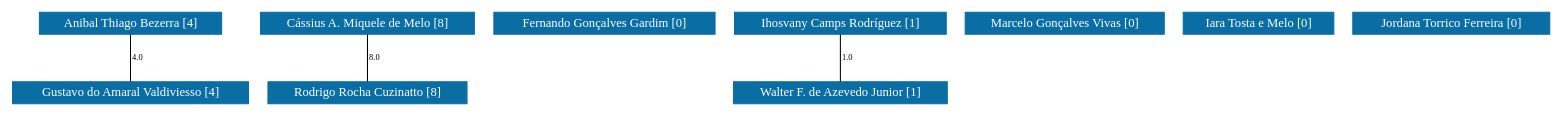
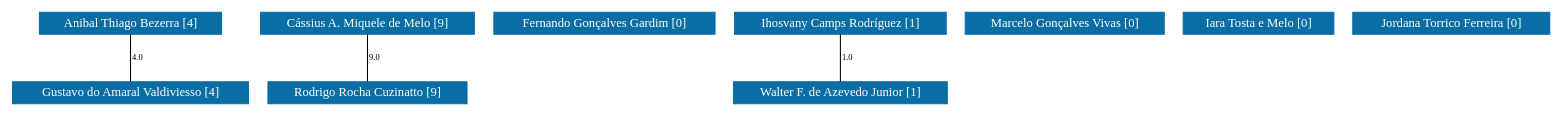
One commit to icamps/unifal-lattes.github.io changed the diagram in PPGF-UNIFAL/grafoDeColaboracoesComPesos.dot. Above: the diagram before and after it, drawn with Graphviz. The commit also changed 854 other files, not shown here.

```diff
--- a/PPGF-UNIFAL/grafoDeColaboracoesComPesos.dot
+++ b/PPGF-UNIFAL/grafoDeColaboracoesComPesos.dot
@@ -1,93 +1,93 @@
 strict graph grafo2 {
 	graph [bb="0,0,1207,87",
 		id=grafo2,
 		overlap=False
 	];
 	node [fontsize=12,
 		label="\N",
 		shape=rectangle,
 		style=filled
 	];
 	0	 [URL="membro-8478305453281130.html",
 		color="#0A6EA4",
 		fontcolor="#FFFFFF",
 		height=0.29167,
 		label="Anibal Thiago Bezerra [4]",
 		pos="91.5,76.5",
 		width=1.9861];
 	3	 [URL="membro-4023778019418442.html",
 		color="#0A6EA4",
 		fontcolor="#FFFFFF",
 		height=0.29167,
 		label="Gustavo do Amaral Valdiviesso [4]",
 		pos="91.5,10.5",
 		width=2.5417];
 	0 -- 3	 [fontsize=8,
 		label=4.0,
 		lp="96.5,43.5",
 		pos="91.5,65.896 91.5,53.653 91.5,33.622 91.5,21.297"];
 	1	 [URL="membro-4002033080997386.html",
 		color="#0A6EA4",
 		fontcolor="#FFFFFF",
 		height=0.29167,
-		label="Cássius A. Miquele de Melo [8]",
+		label="Cássius A. Miquele de Melo [9]",
 		pos="278.5,76.5",
 		width=2.3194];
 	6	 [URL="membro-8073303573679522.html",
 		color="#0A6EA4",
 		fontcolor="#FFFFFF",
 		height=0.29167,
-		label="Rodrigo Rocha Cuzinatto [8]",
+		label="Rodrigo Rocha Cuzinatto [9]",
 		pos="278.5,10.5",
 		width=2.1389];
 	1 -- 6	 [fontsize=8,
-		label=8.0,
+		label=9.0,
 		lp="283.5,43.5",
 		pos="278.5,65.896 278.5,53.653 278.5,33.622 278.5,21.297"];
 	2	 [URL="membro-2425549033248106.html",
 		color="#0A6EA4",
 		fontcolor="#FFFFFF",
 		height=0.29167,
 		label="Fernando Gonçalves Gardim [0]",
 		pos="465.5,76.5",
 		width=2.3611];
 	4	 [URL="membro-3732563704810366.html",
 		color="#0A6EA4",
 		fontcolor="#FFFFFF",
 		height=0.29167,
 		label="Ihosvany Camps Rodríguez [1]",
 		pos="650.5,76.5",
 		width=2.2778];
 	7	 [URL="membro-4183276948524704.html",
 		color="#0A6EA4",
 		fontcolor="#FFFFFF",
 		height=0.29167,
 		label="Walter F. de Azevedo Junior [1]",
 		pos="650.5,10.5",
 		width=2.3194];
 	4 -- 7	 [fontsize=8,
 		label=1.0,
 		lp="655.5,43.5",
 		pos="650.5,65.896 650.5,53.653 650.5,33.622 650.5,21.297"];
 	5	 [URL="membro-1312049227898761.html",
 		color="#0A6EA4",
 		fontcolor="#FFFFFF",
 		height=0.29167,
 		label="Marcelo Gonçalves Vivas [0]",
 		pos="828.5,76.5",
 		width=2.1528];
 	8	 [URL="membro-7286059807128292.html",
 		color="#0A6EA4",
 		fontcolor="#FFFFFF",
 		height=0.29167,
 		label="Iara Tosta e Melo [0]",
 		pos="982.5,76.5",
 		width=1.6111];
 	9	 [URL="membro-2740598136336384.html",
 		color="#0A6EA4",
 		fontcolor="#FFFFFF",
 		height=0.29167,
 		label="Jordana Torrico Ferreira [0]",
 		pos="1132.5,76.5",
 		width=2.0694];
 }
```
